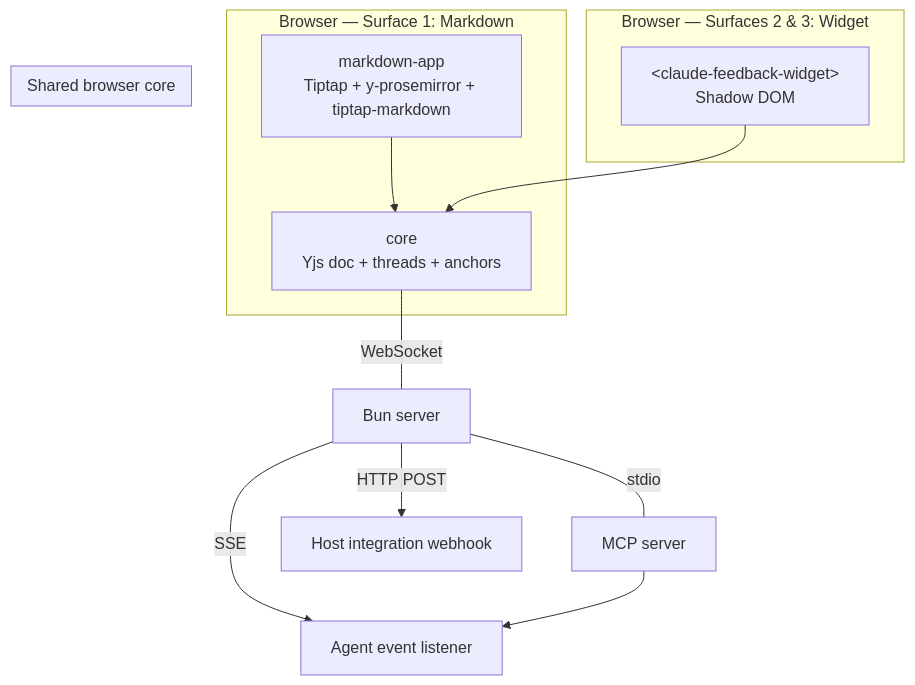
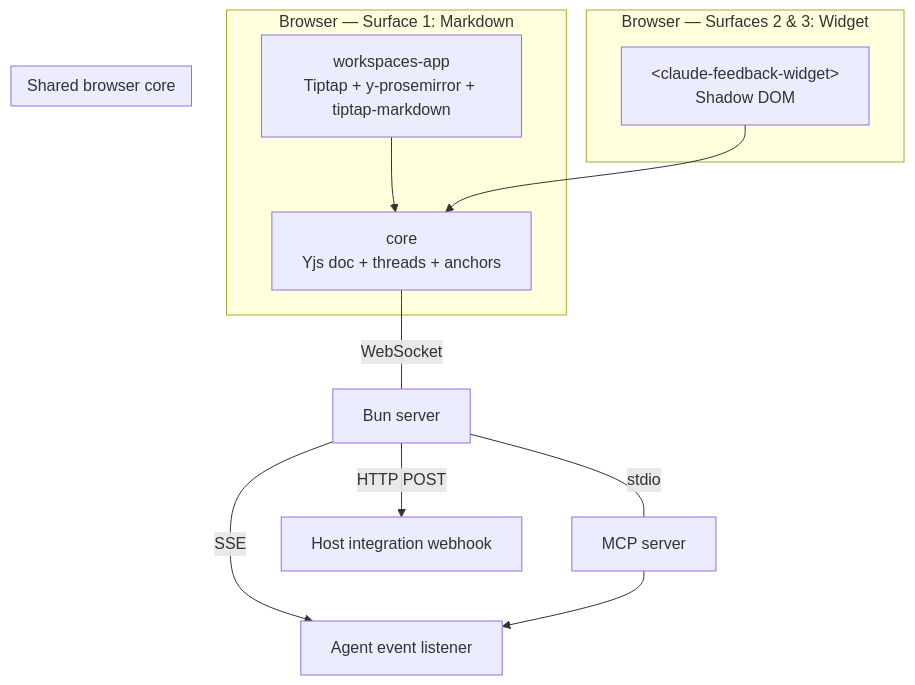
Before and after one commit to fryanpan/claude-live-feedback-plugin: the third of 3 diagrams in docs/superpowers/specs/2026-04-17-live-feedback-design.md, drawn with Mermaid. The commit also changed other lines of this file and 97 other files, not shown here.

````diff
--- a/docs/superpowers/specs/2026-04-17-live-feedback-design.md
+++ b/docs/superpowers/specs/2026-04-17-live-feedback-design.md
@@ -88,23 +88,23 @@
 ```mermaid
 graph TB
     subgraph "Browser — Surface 1: Markdown"
-        MA[markdown-app<br/>Tiptap + y-prosemirror + tiptap-markdown]
+        MA[workspaces-app<br/>Tiptap + y-prosemirror + tiptap-markdown]
         MA --> CORE
     end
 
     subgraph "Browser — Surfaces 2 & 3: Widget"
         WG["&lt;claude-feedback-widget&gt;<br/>Shadow DOM"]
         WG --> CORE
     end
 
     subgraph "Shared browser core"
         CORE[core<br/>Yjs doc + threads + anchors]
     end
 
     CORE ---|WebSocket| SRV
     SRV[Bun server]
     SRV ---|stdio| MCP[MCP server]
     SRV -->|HTTP POST| HOST[Host integration webhook]
     SRV -->|SSE| AGENT[Agent event listener]
     MCP --> AGENT
 ```
````
